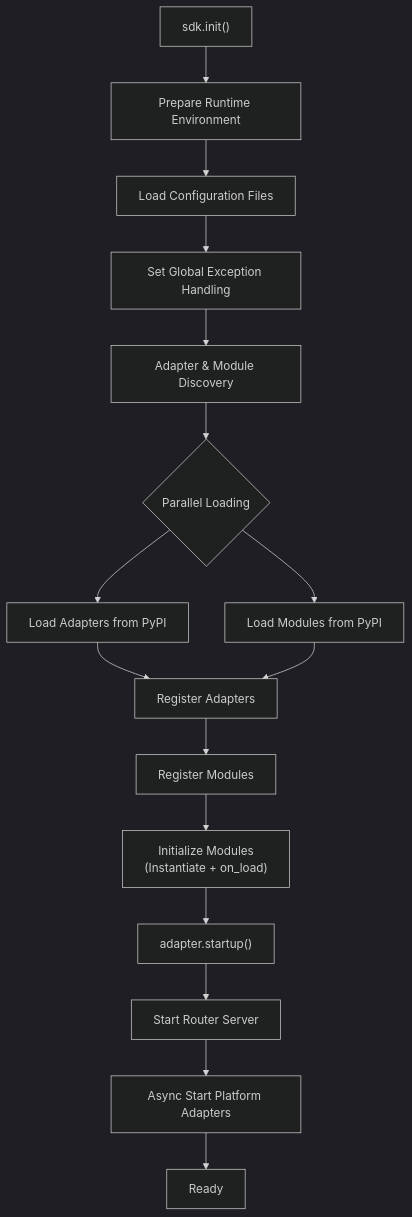
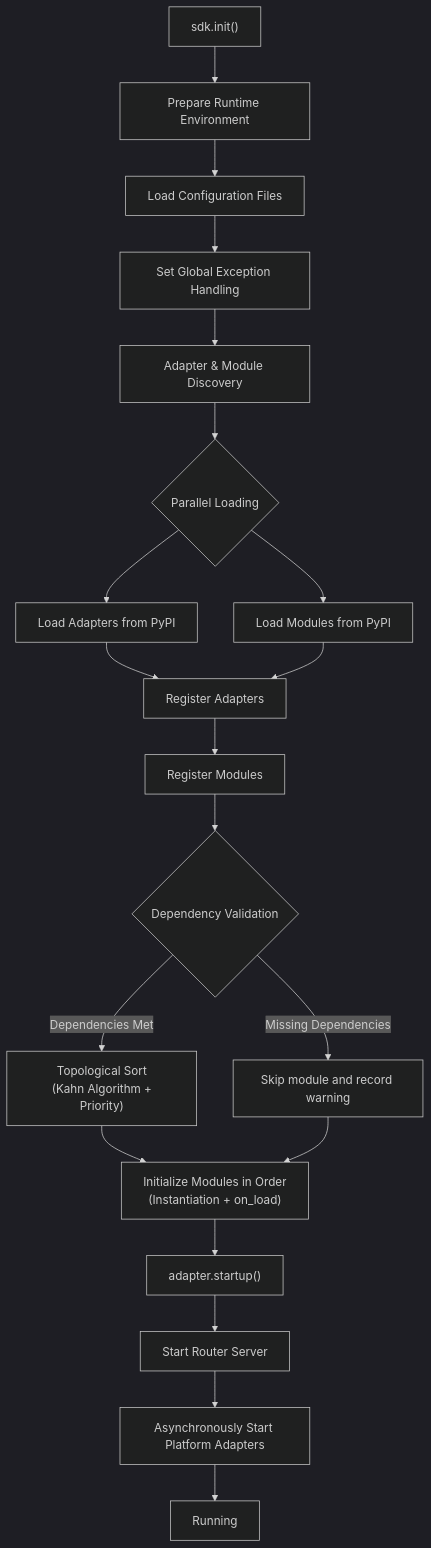
Before and after one commit to ErisPulse/ErisPulse: the second of 5 diagrams in docs/en/ai-support/prompts/ErisPulse-AdapterDev.md, drawn with Mermaid (dark theme). The commit also changed other lines of this file and 62 other files, not shown here.

````diff
--- a/docs/en/ai-support/prompts/ErisPulse-AdapterDev.md
+++ b/docs/en/ai-support/prompts/ErisPulse-AdapterDev.md
@@ -100,17 +103,21 @@
 ```mermaid
 flowchart TD
     A["sdk.init()"] --> B["Prepare Runtime Environment"]
     B --> B1["Load Configuration Files"]
     B1 --> B2["Set Global Exception Handling"]
     B2 --> C["Adapter & Module Discovery"]
     C --> D{"Parallel Loading"}
     D --> D1["Load Adapters from PyPI"]
     D --> D2["Load Modules from PyPI"]
     D1 & D2 --> E["Register Adapters"]
     E --> F["Register Modules"]
-    F --> G["Initialize Modules<br/>(Instantiate + on_load)"]
+    F --> F1{"Dependency Validation"}
+    F1 -->|"Missing Dependencies"| F2["Skip module and record warning"]
+    F1 -->|"Dependencies Met"| F3["Topological Sort<br/> (Kahn Algorithm + Priority)"]
+    F3 --> G["Initialize Modules in Order<br/> (Instantiation + on_load)"]
+    F2 --> G
     G --> H["adapter.startup()"]
     H --> I["Start Router Server"]
-    I --> J["Async Start Platform Adapters"]
-    J --> K["Ready"]
+    I --> J["Asynchronously Start Platform Adapters"]
+    J --> K["Running"]
 ```
````
